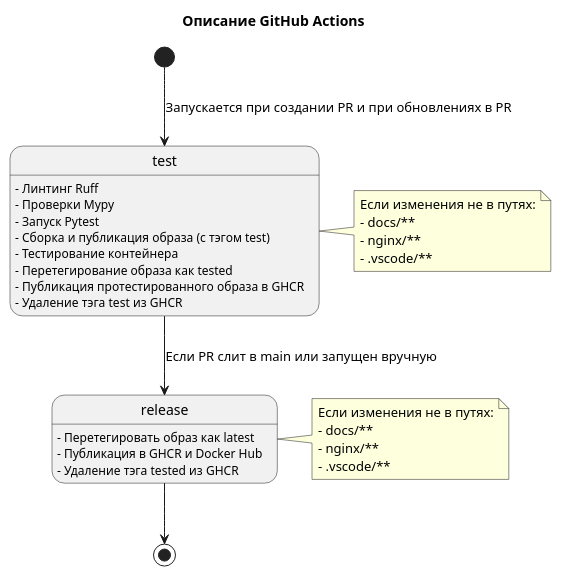
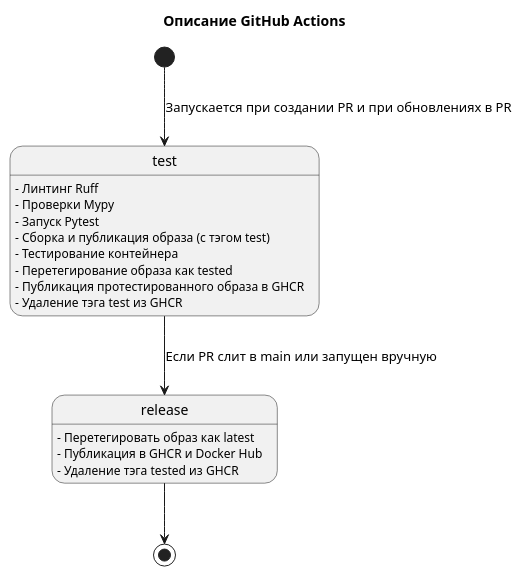
The diagram in docs/diagrams/src/actions.puml (mikhpo/personal-website), drawn with PlantUML before and after one commit. The commit also changed 4 other files, not shown here.

```diff
--- a/docs/diagrams/src/actions.puml
+++ b/docs/diagrams/src/actions.puml
@@ -1,37 +1,23 @@
 @startuml actions
 title Описание GitHub Actions
 
 [*] --> test : Запускается при создании PR и при обновлениях в PR
 
 test : - Линтинг Ruff
 test : - Проверки Mypy
 test : - Запуск Pytest
 test : - Сборка и публикация образа (с тэгом test)
 test : - Тестирование контейнера
 test : - Перетегирование образа как tested
 test : - Публикация протестированного образа в GHCR
 test : - Удаление тэга test из GHCR
 
 test --> release : Если PR слит в main или запущен вручную
 
 release : - Перетегировать образ как latest
 release : - Публикация в GHCR и Docker Hub
 release : - Удаление тэга tested из GHCR
 
 release --> [*]
 
-note right of test
-  Если изменения не в путях:
-  - docs/**
-  - nginx/**
-  - .vscode/**
-end note
-
-note right of release
-  Если изменения не в путях:
-  - docs/**
-  - nginx/**
-  - .vscode/**
-end note
-
 @enduml
```
